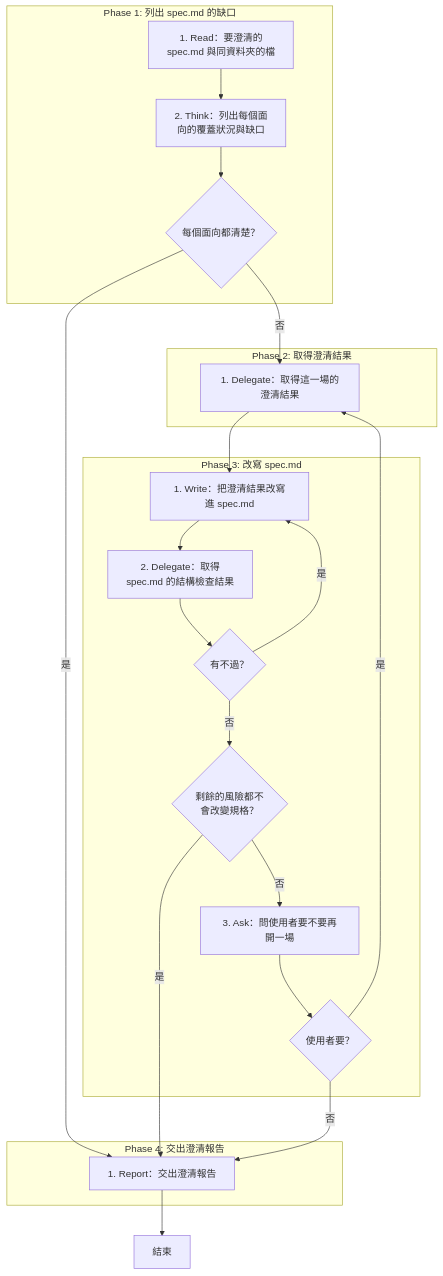
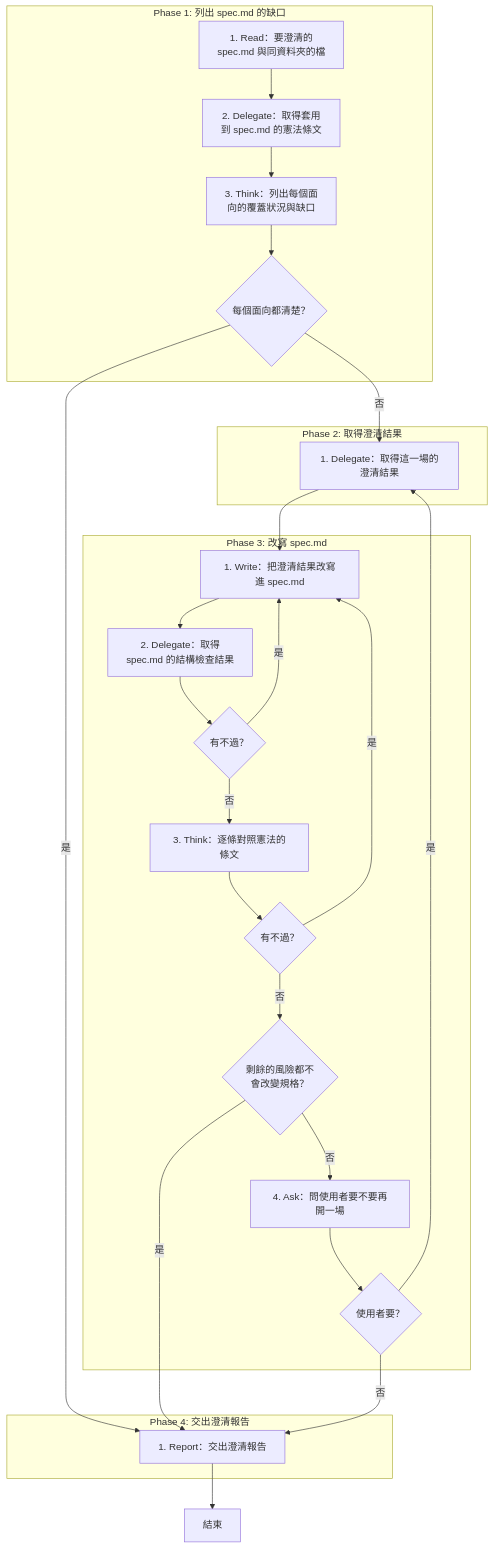
The first of 2 diagrams in .claude/skills/clarify-over-specs/SKILL.md (AI-x-BDD/BDGG-Dev-Skills), drawn with Mermaid before and after one commit. The commit also changed other lines of this file and 31 other files, not shown here.

````diff
--- a/.claude/skills/clarify-over-specs/SKILL.md
+++ b/.claude/skills/clarify-over-specs/SKILL.md
@@ -26,38 +28,45 @@
 ```mermaid
 flowchart TD
     subgraph P1["Phase 1: 列出 spec.md 的缺口"]
         P1S1["1. Read：要澄清的<br/>spec.md 與同資料夾的檔"]
-        P1S2["2. Think：列出每個面<br/>向的覆蓋狀況與缺口"]
-        G_P1S2_1{"每個面向都清楚？"}
+        P1S2["2. Delegate：取得套用<br/>到 spec.md 的憲法條文"]
+        P1S3["3. Think：列出每個面<br/>向的覆蓋狀況與缺口"]
+        G_P1S3_1{"每個面向都清楚？"}
     end
     subgraph P2["Phase 2: 取得澄清結果"]
         P2S1["1. Delegate：取得這一場的澄清結果"]
     end
     subgraph P3["Phase 3: 改寫 spec.md"]
         P3S1["1. Write：把澄清結果改寫進 spec.md"]
         P3S2["2. Delegate：取得<br/>spec.md 的結構檢查結果"]
         G_P3S2_1{"有不過？"}
-        G_P3S2_2{"剩餘的風險都不<br/>會改變規格？"}
-        P3S3["3. Ask：問使用者要不要再開一場"]
-        G_P3S3_1{"使用者要？"}
+        P3S3["3. Think：逐條對照憲法的條文"]
+        G_P3S3_1{"有不過？"}
+        G_P3S3_2{"剩餘的風險都不<br/>會改變規格？"}
+        P3S4["4. Ask：問使用者要不要再開一場"]
+        G_P3S4_1{"使用者要？"}
     end
     subgraph P4["Phase 4: 交出澄清報告"]
         P4S1["1. Report：交出澄清報告"]
     end
     End["結束"]
     P1S1 --> P1S2
-    P1S2 --> G_P1S2_1
-    G_P1S2_1 -->|是| P4S1
-    G_P1S2_1 -->|否| P2S1
+    P1S2 --> P1S3
+    P1S3 --> G_P1S3_1
+    G_P1S3_1 -->|是| P4S1
+    G_P1S3_1 -->|否| P2S1
     P2S1 --> P3S1
     P3S1 --> P3S2
     P3S2 --> G_P3S2_1
     G_P3S2_1 -->|是| P3S1
-    G_P3S2_1 -->|否| G_P3S2_2
-    G_P3S2_2 -->|是| P4S1
-    G_P3S2_2 -->|否| P3S3
+    G_P3S2_1 -->|否| P3S3
     P3S3 --> G_P3S3_1
-    G_P3S3_1 -->|是| P2S1
-    G_P3S3_1 -->|否| P4S1
+    G_P3S3_1 -->|是| P3S1
+    G_P3S3_1 -->|否| G_P3S3_2
+    G_P3S3_2 -->|是| P4S1
+    G_P3S3_2 -->|否| P3S4
+    P3S4 --> G_P3S4_1
+    G_P3S4_1 -->|是| P2S1
+    G_P3S4_1 -->|否| P4S1
     P4S1 --> End
 ```
````
